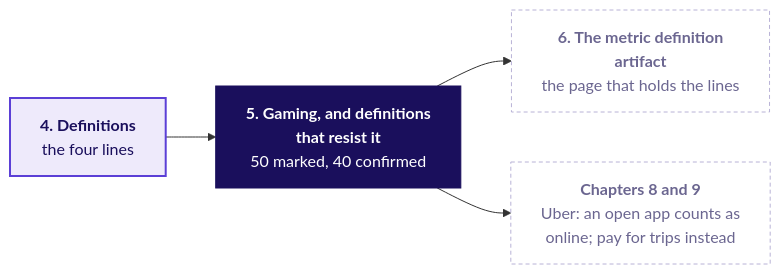
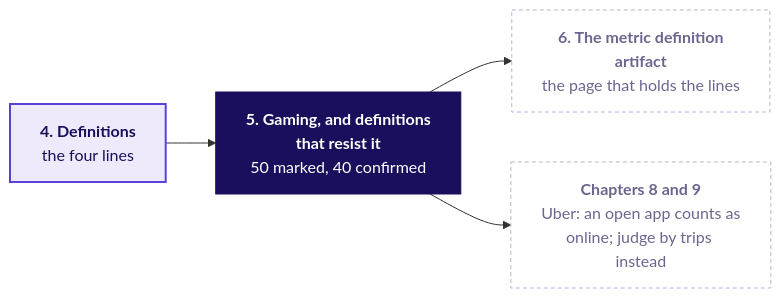
Before and after one commit to fde-academy-lab/c2-content-factory: the seventh of 17 diagrams in content/W04/D1/slides/C2_W04_D01_half1_STUDENT.md, drawn with Mermaid. The commit also changed other lines of this file and 22 other files, not shown here.

````diff
--- a/content/W04/D1/slides/C2_W04_D01_half1_STUDENT.md
+++ b/content/W04/D1/slides/C2_W04_D01_half1_STUDENT.md
@@ -1040,12 +1040,12 @@
 ```mermaid
 flowchart LR
     A["<b>4. Definitions</b><br/>the four lines"] --> B
     B["<b>5. Gaming, and definitions<br/>that resist it</b><br/>50 marked, 40 confirmed"] --> C["<b>6. The metric definition<br/>artifact</b><br/>the page that holds the lines"]
-    B --> U["<b>Chapters 8 and 9</b><br/>Uber: an open app counts as<br/>online; pay for trips instead"]
+    B --> U["<b>Chapters 8 and 9</b><br/>Uber: an open app counts as<br/>online; judge by trips instead"]
     classDef lit fill:#1A0F5C,stroke:#1A0F5C,color:#FFFFFF
     classDef known fill:#EEEAFB,stroke:#5B3FD6,color:#1A0F5C,stroke-width:2px
     classDef unknown fill:#FFFFFF,stroke:#B8B2D6,color:#6B6690,stroke-dasharray:4 3
     class B lit
     class A known
     class C,U unknown
 ```
````
